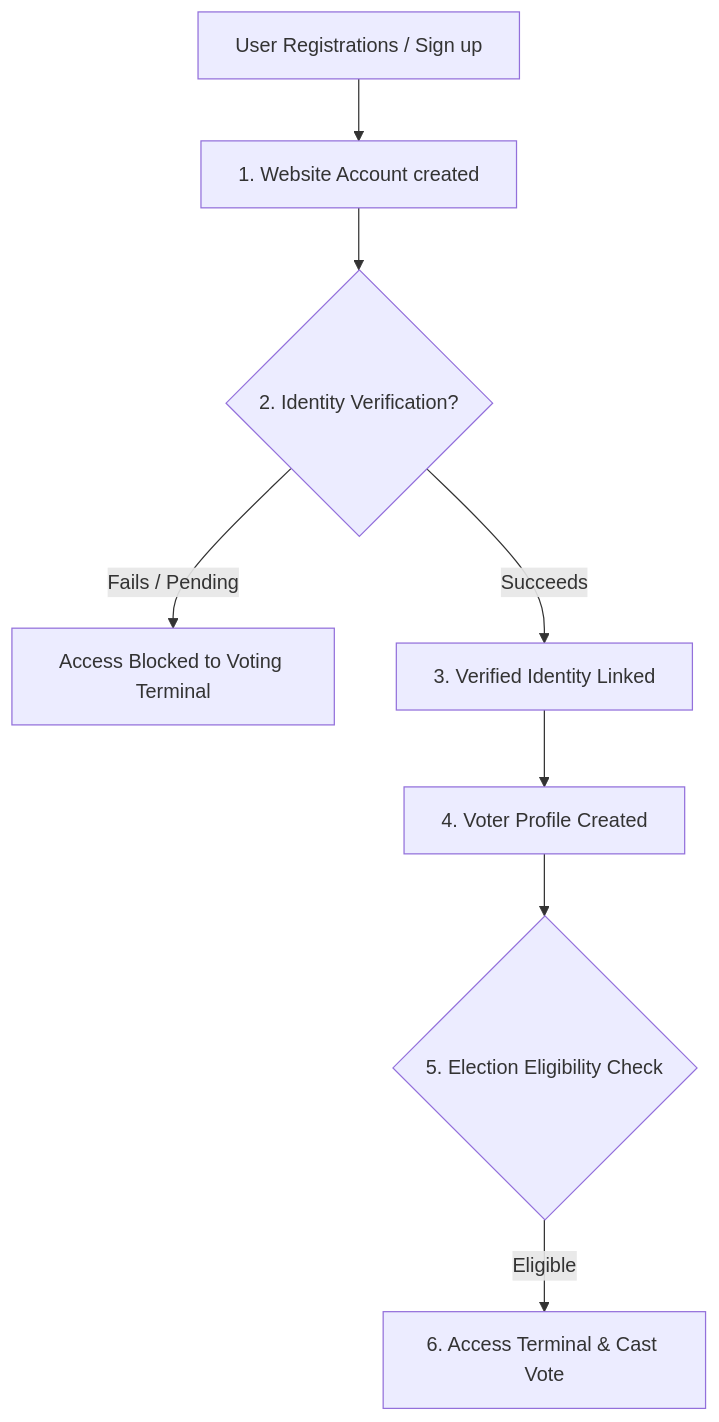
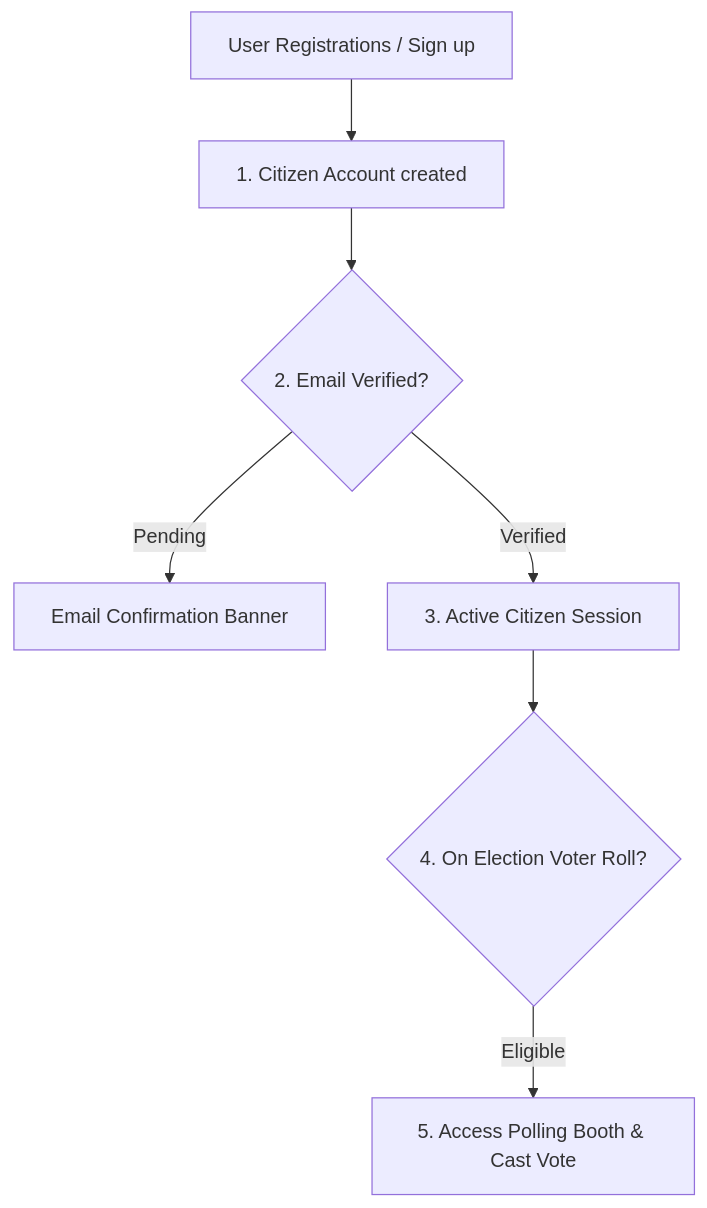
One commit to arul-raj-r/Digivoting changed the diagram in docs/ARCHITECTURE.md. Above: the diagram before and after it, drawn with Mermaid. The commit also changed other lines of this file and 244 other files, not shown here.

````diff
--- a/docs/ARCHITECTURE.md
+++ b/docs/ARCHITECTURE.md
@@ -39,10 +39,9 @@
 ```mermaid
 graph TD
-    UserReg[User Registrations / Sign up] --> WebAccount[1. Website Account created]
-    WebAccount --> IdentityCheck{2. Identity Verification?}
-    IdentityCheck -->|Fails / Pending| Unverified[Access Blocked to Voting Terminal]
-    IdentityCheck -->|Succeeds| VerifiedID[3. Verified Identity Linked]
-    VerifiedID --> VoterProfile[4. Voter Profile Created]
-    VoterProfile --> EligibilityCheck{5. Election Eligibility Check}
-    EligibilityCheck -->|Eligible| VoteTerminal[6. Access Terminal & Cast Vote]
+    UserReg[User Registrations / Sign up] --> WebAccount[1. Citizen Account created]
+    WebAccount --> EmailCheck{2. Email Verified?}
+    EmailCheck -->|Pending| Unverified[Email Confirmation Banner]
+    EmailCheck -->|Verified| ActiveCitizen[3. Active Citizen Session]
+    ActiveCitizen --> RollCheck{4. On Election Voter Roll?}
+    RollCheck -->|Eligible| VoteTerminal[5. Access Polling Booth & Cast Vote]
 ```
````
